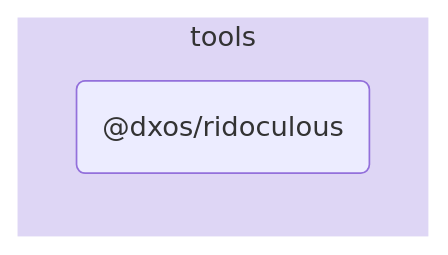
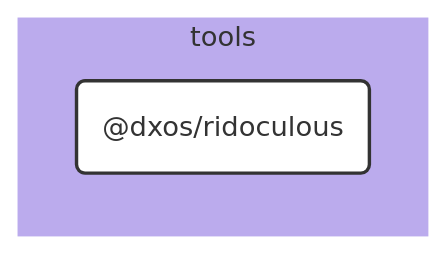
Before and after one commit to dxos/dxos: the diagram in tools/ridoculous/docs/README.md, drawn with Mermaid. The commit also changed other lines of this file and 109 other files, not shown here.

````diff
--- a/tools/ridoculous/docs/README.md
+++ b/tools/ridoculous/docs/README.md
@@ -5,9 +7,25 @@
 ```mermaid
-flowchart LR;
+%%{ init: {'flowchart':{'curve':'basis'}} }%%
 
+flowchart LR
+
+%% Links
+
+%% Sections
 subgraph tools
-  style tools fill:#ded6f5,stroke:#fff;
-  dxos/ridoculous("@dxos/ridoculous");
+  style tools fill:#bbabed,stroke:#fff;
+
+  dxos/ridoculous("@dxos/ridoculous")
 end
 
+
+%% Hyperlinks
+
+%% Styles
+classDef rootNode fill:#fff,stroke:#333,stroke-width:2px
+classDef defaultNode fill:#fff,stroke:#333,stroke-width:1px
+linkStyle default stroke:#333,stroke-width:1px
+
+dxos/ridoculous:::rootNode
+
 ```
````
